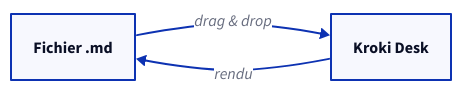
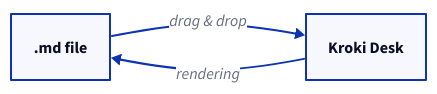
Before and after one commit to vdidon/kroki-deskapp: the fifth of 6 diagrams in samples/demo.md, drawn with D2. The commit also changed other lines of this file and 10 other files, not shown here.

````diff
--- a/samples/demo.md
+++ b/samples/demo.md
@@ -136,7 +136,7 @@
 ```d2
 direction: right
-md: Fichier .md
+md: .md file
 app: Kroki Desk
 md -> app: drag & drop
-app -> md: rendu
+app -> md: rendering
 ```
````
